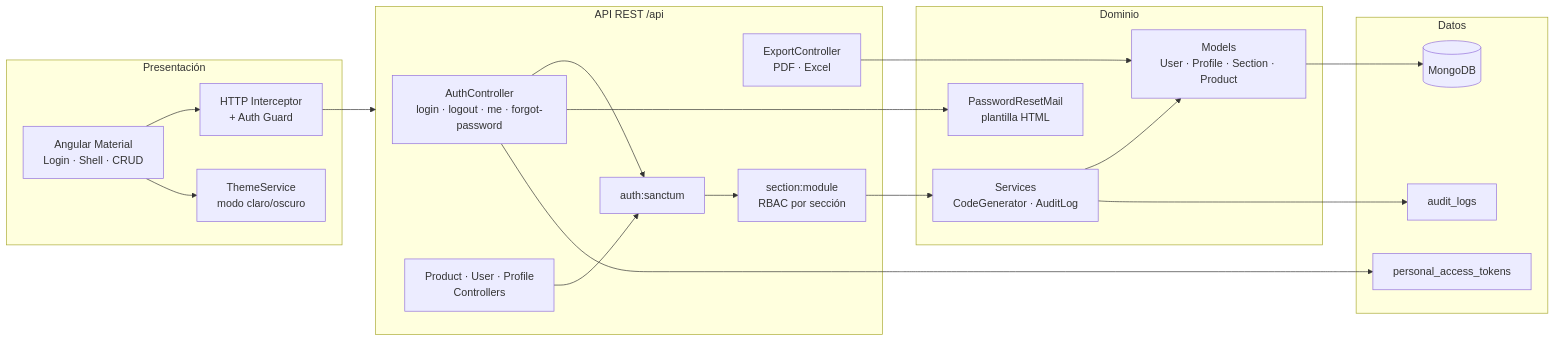
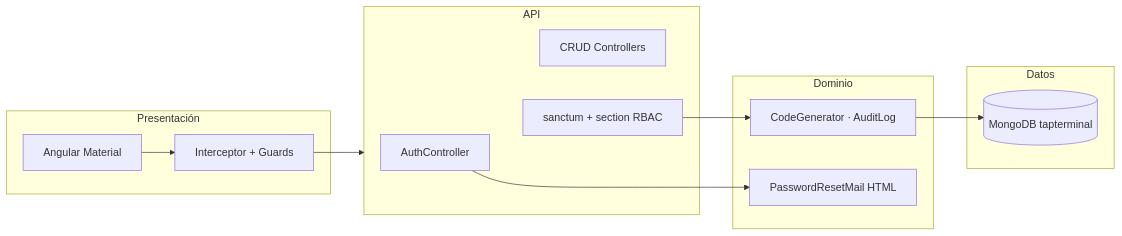
The third of 5 diagrams in ARCHITECTURE.md (Migue716/Examen-Tap-Terminal), drawn with Mermaid before and after one commit. The commit also changed other lines of this file and 13 other files, not shown here.

````diff
--- a/ARCHITECTURE.md
+++ b/ARCHITECTURE.md
@@ -97,38 +97,25 @@
 ```mermaid
 flowchart LR
     subgraph Presentación
-        UI["Angular Material<br/>Login · Shell · CRUD"]
-        INT["HTTP Interceptor<br/>+ Auth Guard"]
-        TH["ThemeService<br/>modo claro/oscuro"]
+        UI["Angular Material"]
+        INT["Interceptor + Guards"]
     end
 
-    subgraph API["API REST /api"]
-        AUTH["AuthController<br/>login · logout · me · forgot-password"]
-        CRUD["Product · User · Profile<br/>Controllers"]
-        EXP["ExportController<br/>PDF · Excel"]
-        MW1["auth:sanctum"]
-        MW2["section:module<br/>RBAC por sección"]
+    subgraph API
+        AUTH["AuthController"]
+        CRUD["CRUD Controllers"]
+        MW["sanctum + section RBAC"]
     end
 
     subgraph Dominio
-        SVC["Services<br/>CodeGenerator · AuditLog"]
-        MAIL["PasswordResetMail<br/>plantilla HTML"]
-        MDL["Models<br/>User · Profile · Section · Product"]
+        SVC["CodeGenerator · AuditLog"]
+        MAIL["PasswordResetMail HTML"]
     end
 
     subgraph Datos
-        MONGO[(MongoDB)]
-        TOK["personal_access_tokens"]
-        AUD["audit_logs"]
+        MONGO[(MongoDB tapterminal)]
     end
 
-    UI --> INT --> API
-    UI --> TH
-    AUTH --> MW1
+    UI --> INT --> API --> MW --> SVC --> MONGO
     AUTH --> MAIL
-    CRUD --> MW1 --> MW2
-    MW2 --> SVC --> MDL --> MONGO
-    AUTH --> TOK
-    SVC --> AUD
-    EXP --> MDL
 ```
````
